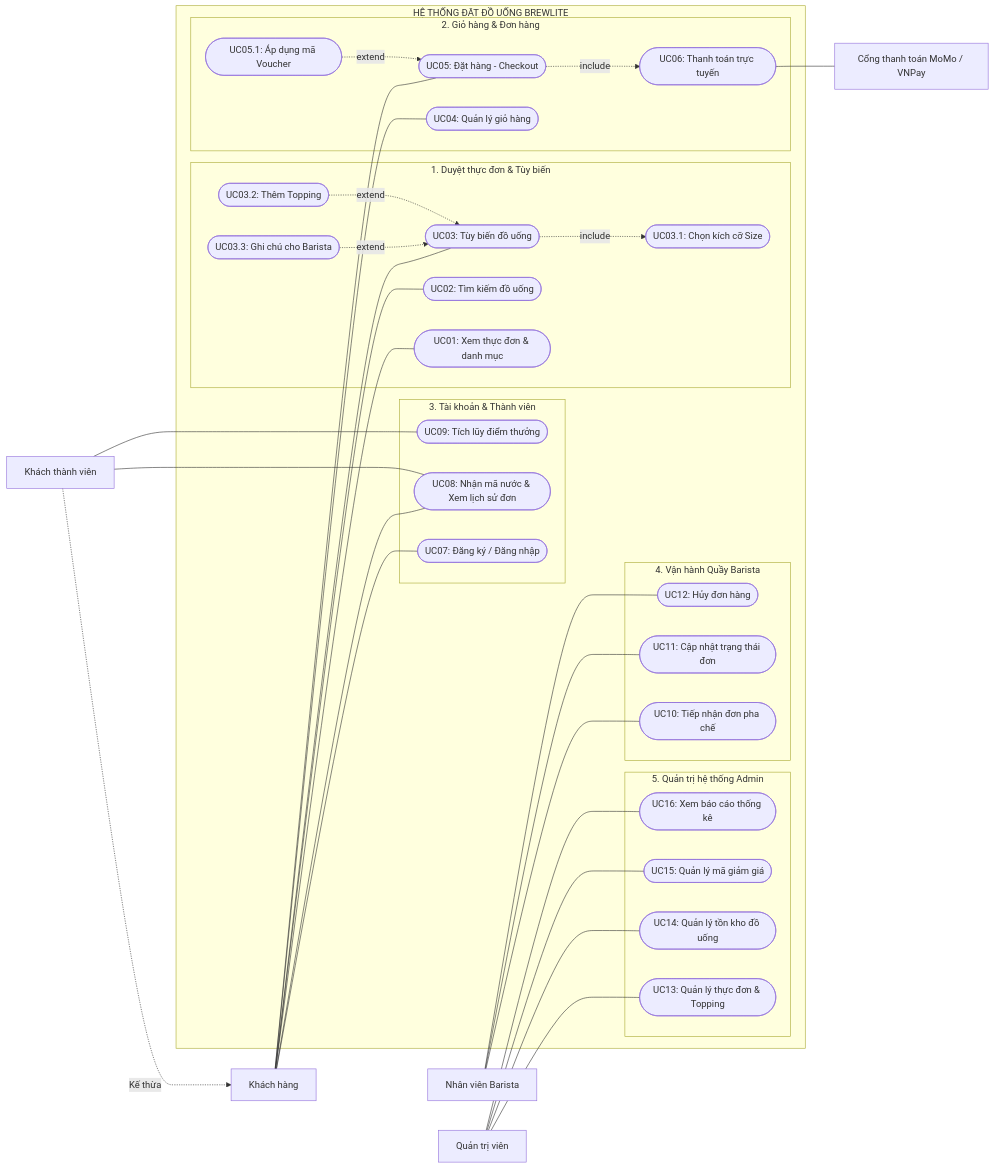
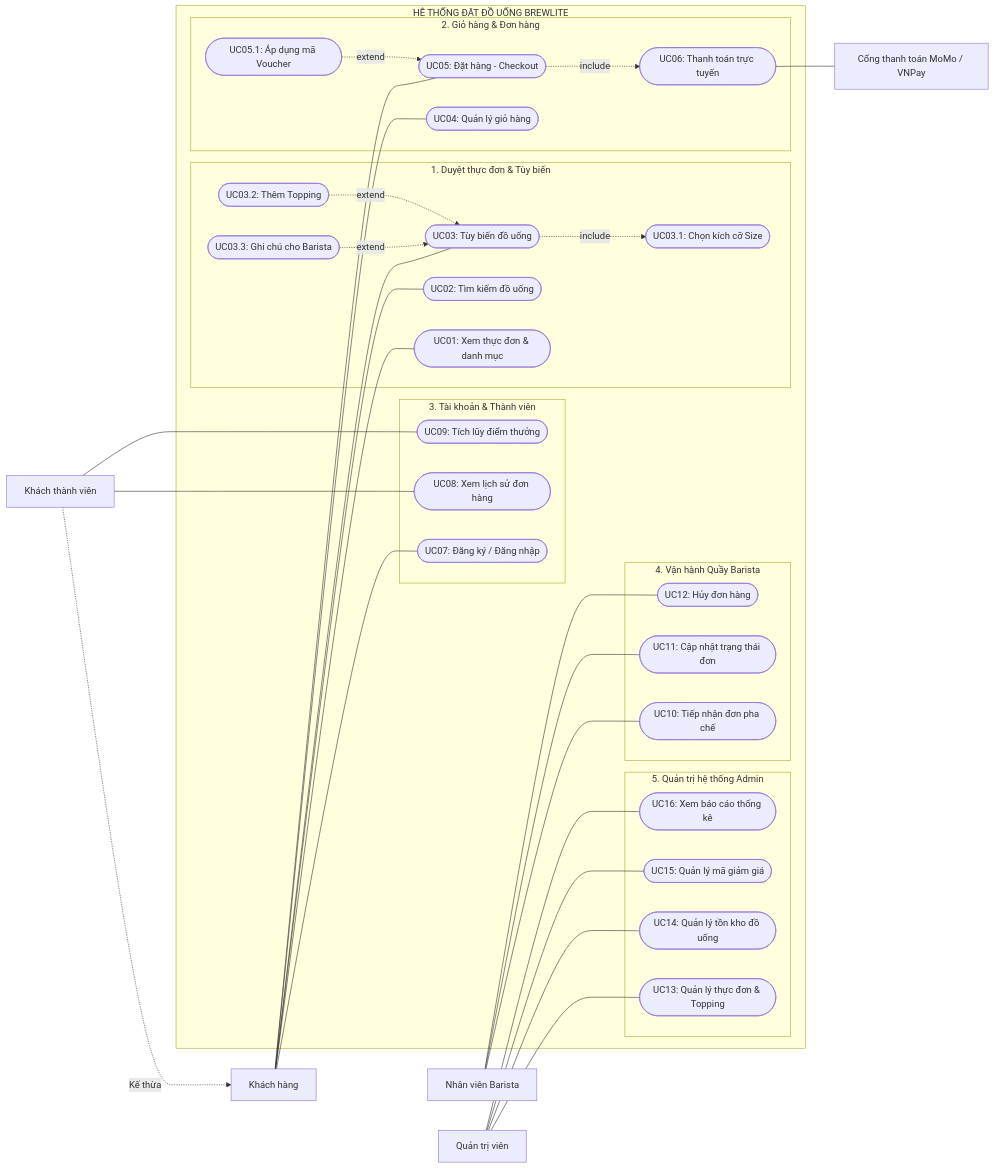
Before and after one commit to nphat-code/swe-project: the diagram in docs/diagrams/use-case/use-case-system.mmd, drawn with Mermaid. The commit also changed 6 other files, not shown here.

Commit message:
fix(use-case): fix UML generalization redundancy by assigning UC08 exclusively to Member

```diff
--- a/docs/diagrams/use-case/use-case-system.mmd
+++ b/docs/diagrams/use-case/use-case-system.mmd
@@ -1,73 +1,72 @@
 flowchart LR
     Customer[Khách hàng]
     Member[Khách thành viên]
     Barista[Nhân viên Barista]
     Admin[Quản trị viên]
     PaymentGW[Cổng thanh toán MoMo / VNPay]
 
     Member -.->|Kế thừa| Customer
 
     subgraph SystemBoundary [HỆ THỐNG ĐẶT ĐỒ UỐNG BREWLITE]
         subgraph P1 [1. Duyệt thực đơn & Tùy biến]
             UC01([UC01: Xem thực đơn & danh mục])
             UC02([UC02: Tìm kiếm đồ uống])
             UC03([UC03: Tùy biến đồ uống])
             UC03_1([UC03.1: Chọn kích cỡ Size])
             UC03_2([UC03.2: Thêm Topping])
             UC03_3([UC03.3: Ghi chú cho Barista])
         end
 
         subgraph P2 [2. Giỏ hàng & Đơn hàng]
             UC04([UC04: Quản lý giỏ hàng])
             UC05([UC05: Đặt hàng - Checkout])
             UC05_1([UC05.1: Áp dụng mã Voucher])
             UC06([UC06: Thanh toán trực tuyến])
         end
 
         subgraph P3 [3. Tài khoản & Thành viên]
             UC07([UC07: Đăng ký / Đăng nhập])
-            UC08([UC08: Nhận mã nước & Xem lịch sử đơn])
+            UC08([UC08: Xem lịch sử đơn hàng])
             UC09([UC09: Tích lũy điểm thưởng])
         end
 
         subgraph P4 [4. Vận hành Quầy Barista]
             UC10([UC10: Tiếp nhận đơn pha chế])
             UC11([UC11: Cập nhật trạng thái đơn])
             UC12([UC12: Hủy đơn hàng])
         end
 
         subgraph P5 [5. Quản trị hệ thống Admin]
             UC13([UC13: Quản lý thực đơn & Topping])
             UC14([UC14: Quản lý tồn kho đồ uống])
             UC15([UC15: Quản lý mã giảm giá])
             UC16([UC16: Xem báo cáo thống kê])
         end
     end
 
     Customer --- UC01
     Customer --- UC02
     Customer --- UC03
     Customer --- UC04
     Customer --- UC05
     Customer --- UC07
-    Customer --- UC08
 
     Member --- UC08
     Member --- UC09
 
     UC03 -.->|include| UC03_1
     UC03_2 -.->|extend| UC03
     UC03_3 -.->|extend| UC03
 
     UC05 -.->|include| UC06
     UC05_1 -.->|extend| UC05
     UC06 --- PaymentGW
 
     Barista --- UC10
     Barista --- UC11
     Barista --- UC12
 
     Admin --- UC13
     Admin --- UC14
     Admin --- UC15
     Admin --- UC16
```
